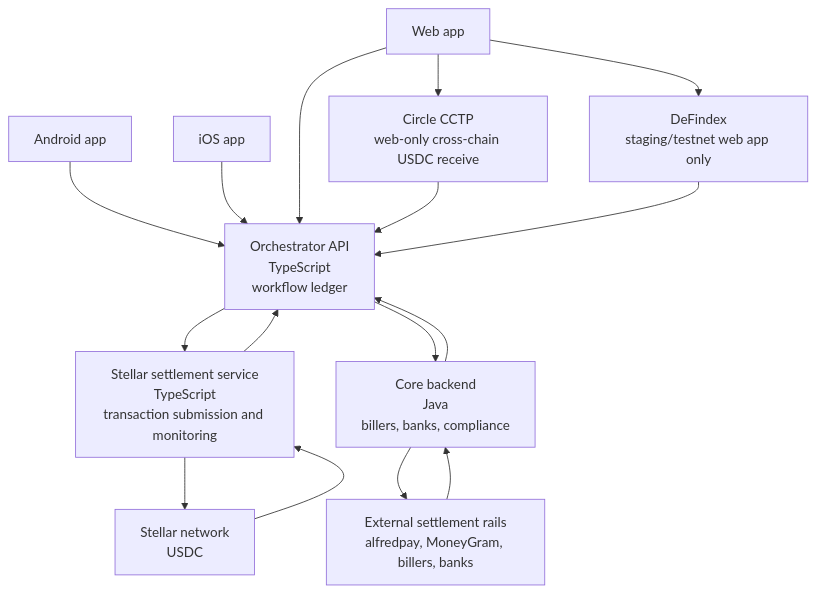
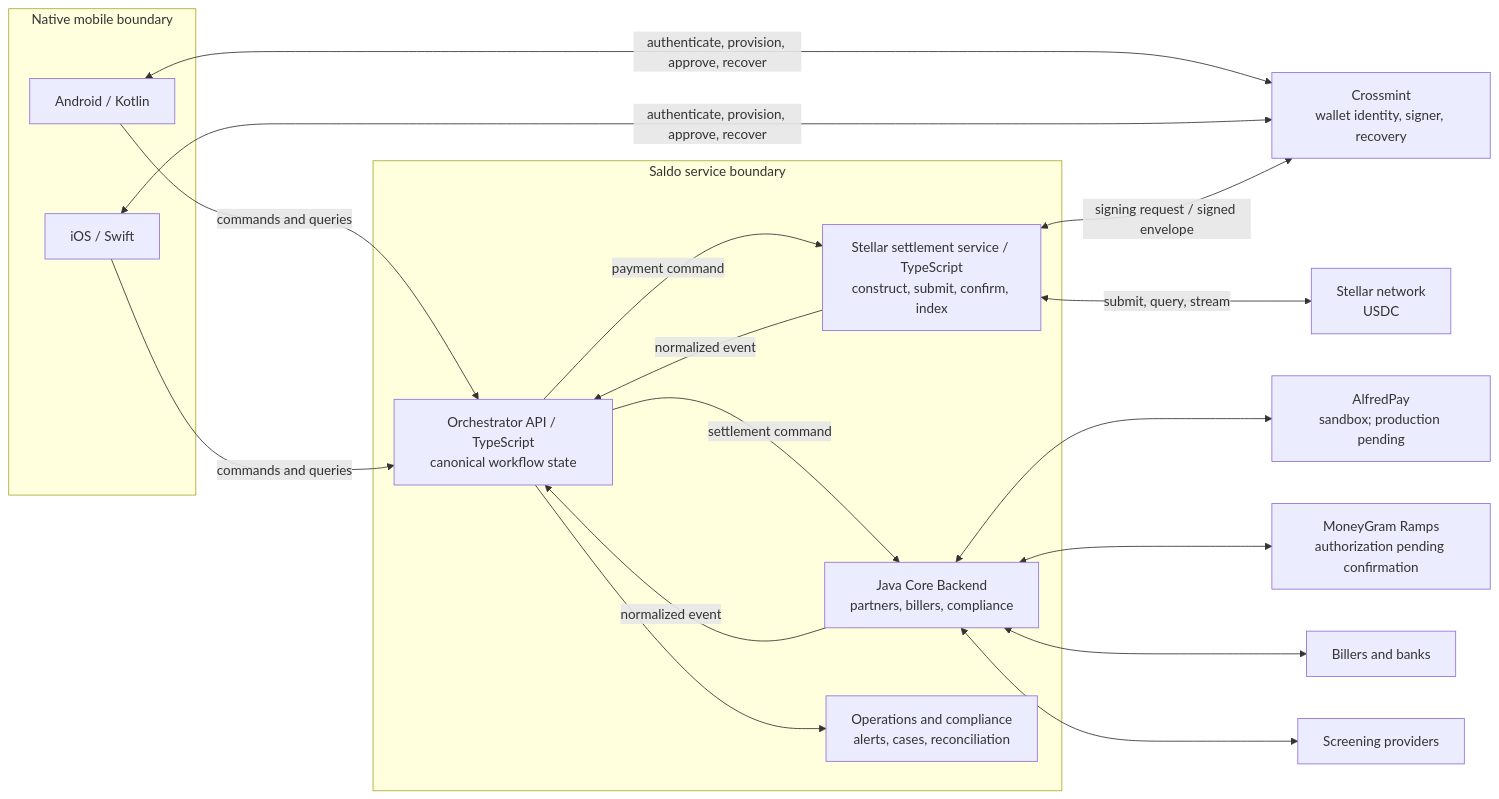
One commit to unfodl/saldo_architecture changed the diagram in diagrams/system-architecture.mmd. Above: the diagram before and after it, drawn with Mermaid. The commit also changed 16 other files, not shown here.

Commit message:
Update architecture for SCF 46 mobile integration

```diff
--- a/diagrams/system-architecture.mmd
+++ b/diagrams/system-architecture.mmd
@@ -1,28 +1,35 @@
-flowchart TD
-    android[Android app]
-    ios[iOS app]
-    web[Web app]
+flowchart LR
+    subgraph Client[Native mobile boundary]
+        Android[Android / Kotlin]
+        iOS[iOS / Swift]
+    end
 
-    orchestrator[Orchestrator API<br/>TypeScript<br/>workflow ledger]
-    stellar[Stellar settlement service<br/>TypeScript<br/>transaction submission and monitoring]
-    core[Core backend<br/>Java<br/>billers, banks, compliance]
-    rails[External settlement rails<br/>alfredpay, MoneyGram, billers, banks]
-    cctp[Circle CCTP<br/>web-only cross-chain USDC receive]
-    defindex[DeFindex<br/>staging/testnet web app only]
-    network[Stellar network<br/>USDC]
+    subgraph Saldo[Saldo service boundary]
+        Orchestrator[Orchestrator API / TypeScript<br/>canonical workflow state]
+        StellarSvc[Stellar settlement service / TypeScript<br/>construct, submit, confirm, index]
+        Core[Java Core Backend<br/>partners, billers, compliance]
+        Ops[Operations and compliance<br/>alerts, cases, reconciliation]
+    end
 
-    android --> orchestrator
-    ios --> orchestrator
-    web --> orchestrator
-    web --> cctp
-    cctp --> orchestrator
-    web --> defindex
-    defindex --> orchestrator
-    orchestrator --> stellar
-    orchestrator --> core
-    stellar --> network
-    network --> stellar
-    core --> rails
-    rails --> core
-    stellar --> orchestrator
-    core --> orchestrator
+    Crossmint[Crossmint<br/>wallet identity, signer, recovery]
+    Stellar[Stellar network<br/>USDC]
+    Alfred[AlfredPay<br/>sandbox; production pending]
+    MoneyGram[MoneyGram Ramps<br/>authorization pending confirmation]
+    Rails[Billers and banks]
+    Screening[Screening providers]
+
+    Android <-->|authenticate, provision, approve, recover| Crossmint
+    iOS <-->|authenticate, provision, approve, recover| Crossmint
+    Android -->|commands and queries| Orchestrator
+    iOS -->|commands and queries| Orchestrator
+    Orchestrator -->|payment command| StellarSvc
+    Orchestrator -->|settlement command| Core
+    StellarSvc <-->|signing request / signed envelope| Crossmint
+    StellarSvc <-->|submit, query, stream| Stellar
+    Core <--> Alfred
+    Core <--> MoneyGram
+    Core <--> Rails
+    Core <--> Screening
+    StellarSvc -->|normalized event| Orchestrator
+    Core -->|normalized event| Orchestrator
+    Orchestrator --> Ops
```
